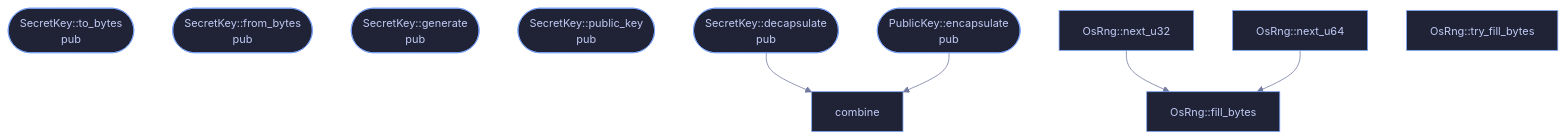
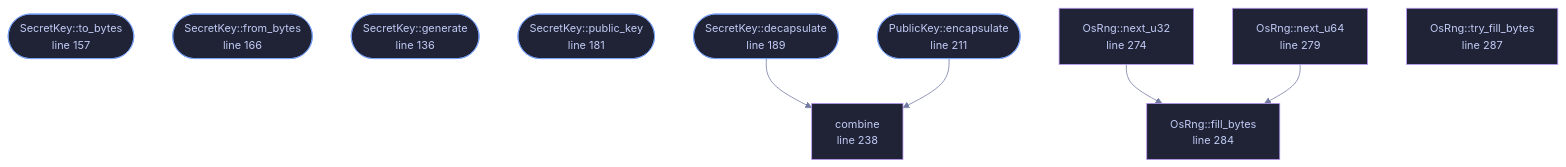
The diagram in docs/files/veilvoice-crypto/hybrid.md (tilas01/veilvoice), drawn with Mermaid before and after one commit. The commit also changed other lines of this file and 182 other files, not shown here.

````diff
--- a/docs/files/veilvoice-crypto/hybrid.md
+++ b/docs/files/veilvoice-crypto/hybrid.md
@@ -57,23 +86,27 @@
 ```mermaid
 %%{init: {"theme":"base","themeVariables":{"background":"#1a1b26","primaryColor":"#1f2335","primaryTextColor":"#c0caf5","primaryBorderColor":"#7aa2f7","secondaryColor":"#16161e","tertiaryColor":"#16161e","lineColor":"#737aa2","textColor":"#c0caf5","mainBkg":"#1f2335","nodeBorder":"#7aa2f7","clusterBkg":"#16161e","clusterBorder":"#2f3549","fontFamily":"ui-monospace, SFMono-Regular, Consolas, monospace","fontSize":"14px"}}}%%
 flowchart TD
-    n_to_bytes(["PublicKey::to_bytes<br/>pub"])
-    n_from_bytes(["PublicKey::from_bytes<br/>pub"])
-    n_to_bytes(["Encapsulation::to_bytes<br/>pub"])
-    n_from_bytes(["Encapsulation::from_bytes<br/>pub"])
-    n_generate(["SecretKey::generate<br/>pub"])
-    n_to_bytes(["SecretKey::to_bytes<br/>pub"])
-    n_from_bytes(["SecretKey::from_bytes<br/>pub"])
-    n_public_key(["SecretKey::public_key<br/>pub"])
-    n_decapsulate(["SecretKey::decapsulate<br/>pub"])
-    n_encapsulate(["PublicKey::encapsulate<br/>pub"])
-    n_combine["combine"]
-    n_next_u32["OsRng::next_u32"]
-    n_next_u64["OsRng::next_u64"]
-    n_fill_bytes["OsRng::fill_bytes"]
-    n_try_fill_bytes["OsRng::try_fill_bytes"]
+    n_to_bytes(["PublicKey::to_bytes<br/>line 86"])
+    n_from_bytes(["PublicKey::from_bytes<br/>line 94"])
+    n_to_bytes(["Encapsulation::to_bytes<br/>line 111"])
+    n_from_bytes(["Encapsulation::from_bytes<br/>line 119"])
+    n_generate(["SecretKey::generate<br/>line 136"])
+    n_to_bytes(["SecretKey::to_bytes<br/>line 157"])
+    n_from_bytes(["SecretKey::from_bytes<br/>line 166"])
+    n_public_key(["SecretKey::public_key<br/>line 181"])
+    n_decapsulate(["SecretKey::decapsulate<br/>line 189"])
+    n_encapsulate(["PublicKey::encapsulate<br/>line 211"])
+    n_combine["combine<br/>line 238"]
+    n_next_u32["OsRng::next_u32<br/>line 274"]
+    n_next_u64["OsRng::next_u64<br/>line 279"]
+    n_fill_bytes["OsRng::fill_bytes<br/>line 284"]
+    n_try_fill_bytes["OsRng::try_fill_bytes<br/>line 287"]
     n_decapsulate --> n_combine
     n_encapsulate --> n_combine
     n_next_u32 --> n_fill_bytes
     n_next_u64 --> n_fill_bytes
+    classDef entry fill:#1f2335,stroke:#7aa2f7,color:#c0caf5
+    class n_to_bytes,n_from_bytes,n_to_bytes,n_from_bytes,n_generate,n_to_bytes,n_from_bytes,n_public_key,n_decapsulate,n_encapsulate entry
+    classDef helper fill:#1f2335,stroke:#bb9af7,color:#c0caf5
+    class n_combine,n_next_u32,n_next_u64,n_fill_bytes,n_try_fill_bytes helper
 ```
````
